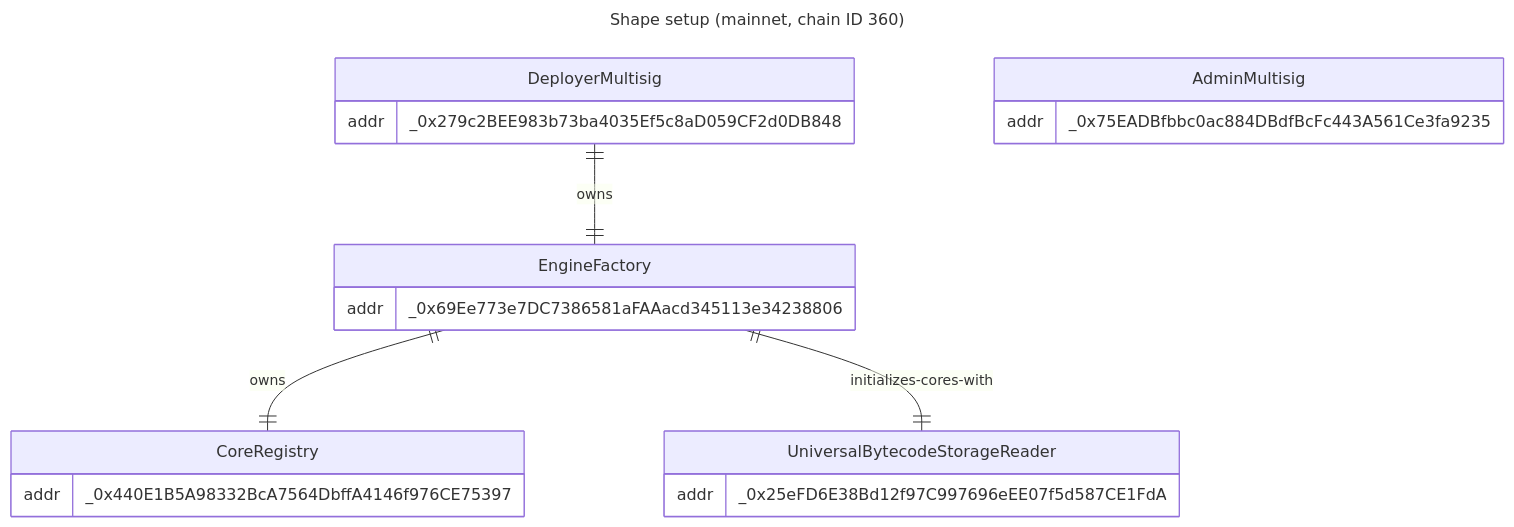
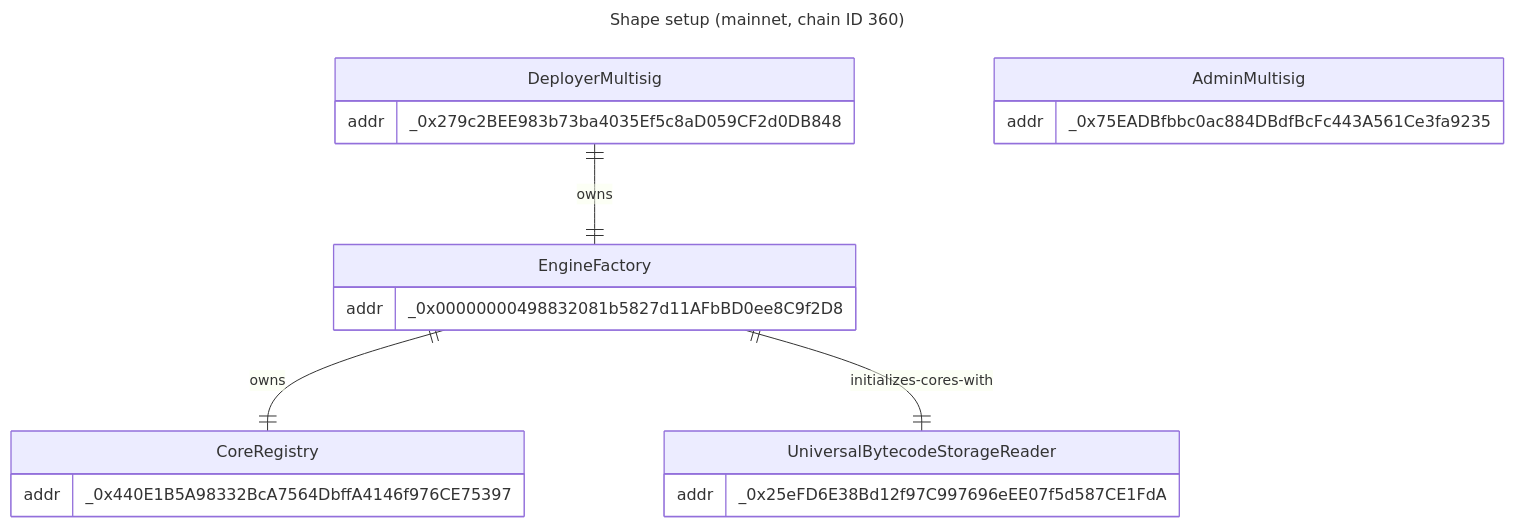
One commit to ArtBlocks/artblocks-contracts changed the fourth of 6 diagrams in packages/contracts/INFRASTRUCTURE.md. Above: the diagram before and after it, drawn with Mermaid. The commit also changed other lines of this file and 17 other files, not shown here.

````diff
--- a/packages/contracts/INFRASTRUCTURE.md
+++ b/packages/contracts/INFRASTRUCTURE.md
@@ -116,24 +107,24 @@
 ```mermaid
 ---
 title: Shape setup (mainnet, chain ID 360)
 ---
 erDiagram
     DeployerMultisig ||--|| EngineFactory : owns
     EngineFactory ||--|| CoreRegistry : owns
     EngineFactory ||--|| UniversalBytecodeStorageReader : initializes-cores-with
     DeployerMultisig {
         addr _0x279c2BEE983b73ba4035Ef5c8aD059CF2d0DB848
     }
     AdminMultisig {
         addr _0x75EADBfbbc0ac884DBdfBcFc443A561Ce3fa9235
     }
     EngineFactory {
-        addr _0x69Ee773e7DC7386581aFAAacd345113e34238806
+        addr _0x00000000498832081b5827d11AFbBD0ee8C9f2D8
     }
     CoreRegistry {
         addr _0x440E1B5A98332BcA7564DbffA4146f976CE75397
     }
     UniversalBytecodeStorageReader {
         addr _0x25eFD6E38Bd12f97C997696eEE07f5d587CE1FdA
     }
 ```
````
